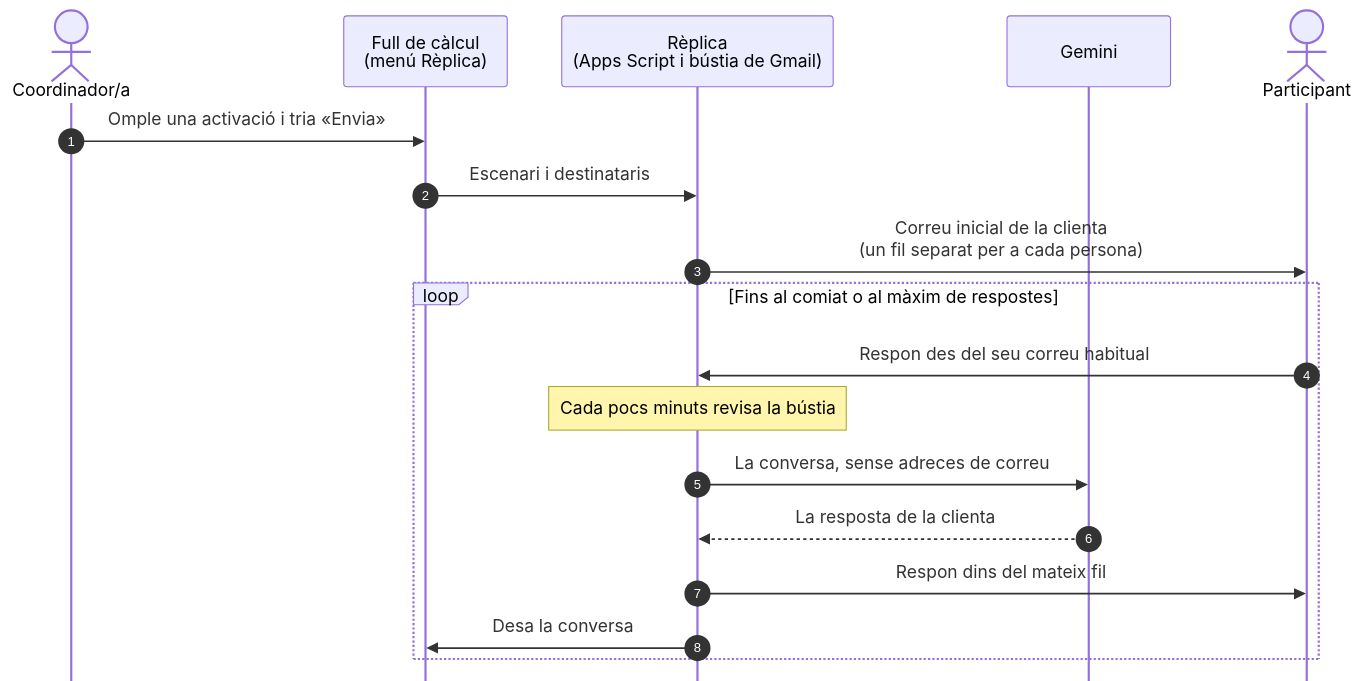
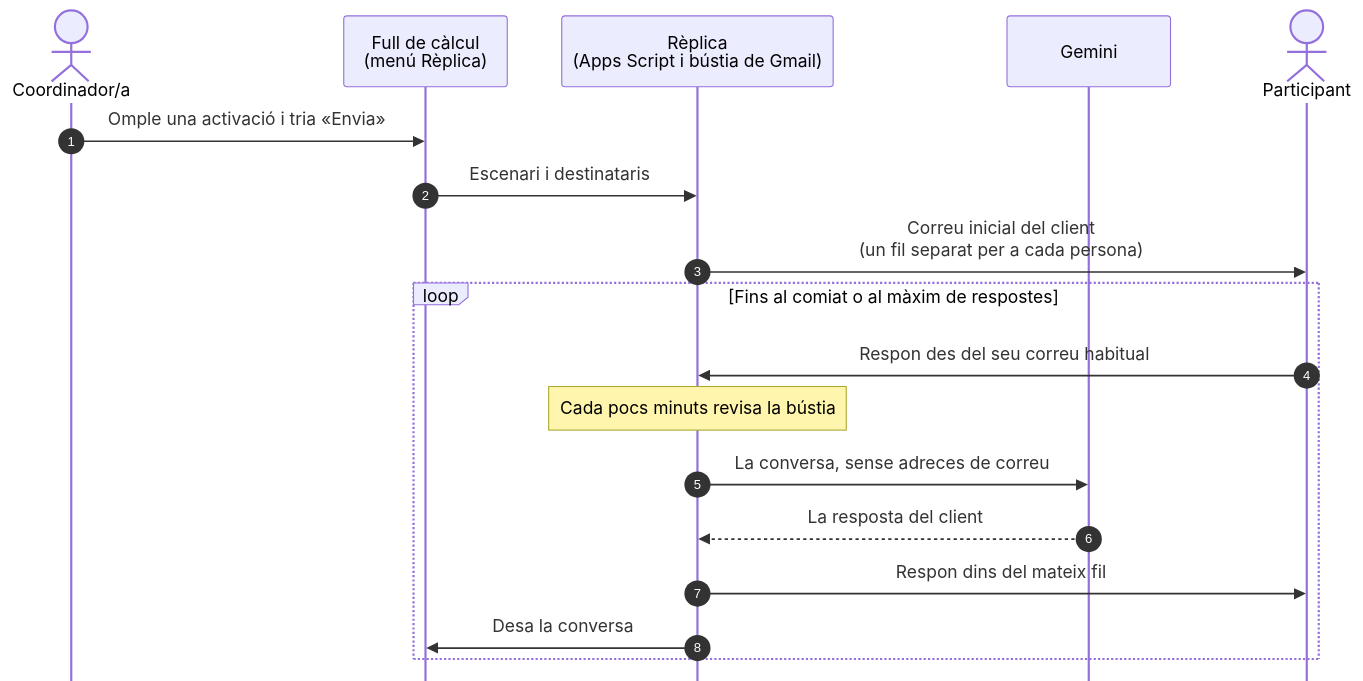
One commit to Marcos-A/replica-poc changed the diagram in README.md. Above: the diagram before and after it, drawn with Mermaid. The commit also changed other lines of this file and 20 other files, not shown here.

````diff
--- a/README.md
+++ b/README.md
@@ -31,22 +31,22 @@
 ```mermaid
 %%{init: {"sequence": {"mirrorActors": false}}}%%
 sequenceDiagram
     autonumber
     actor C as Coordinador/a
     participant F as Full de càlcul<br/>(menú Rèplica)
     participant R as Rèplica<br/>(Apps Script i bústia de Gmail)
     participant G as Gemini
     actor P as Participant
 
     C->>F: Omple una activació i tria «Envia»
     F->>R: Escenari i destinataris
-    R->>P: Correu inicial de la clienta<br/>(un fil separat per a cada persona)
+    R->>P: Correu inicial del client<br/>(un fil separat per a cada persona)
     loop Fins al comiat o al màxim de respostes
         P->>R: Respon des del seu correu habitual
         Note over R: Cada pocs minuts revisa la bústia
         R->>G: La conversa, sense adreces de correu
-        G-->>R: La resposta de la clienta
+        G-->>R: La resposta del client
         R->>P: Respon dins del mateix fil
         R->>F: Desa la conversa
     end
 ```
````
